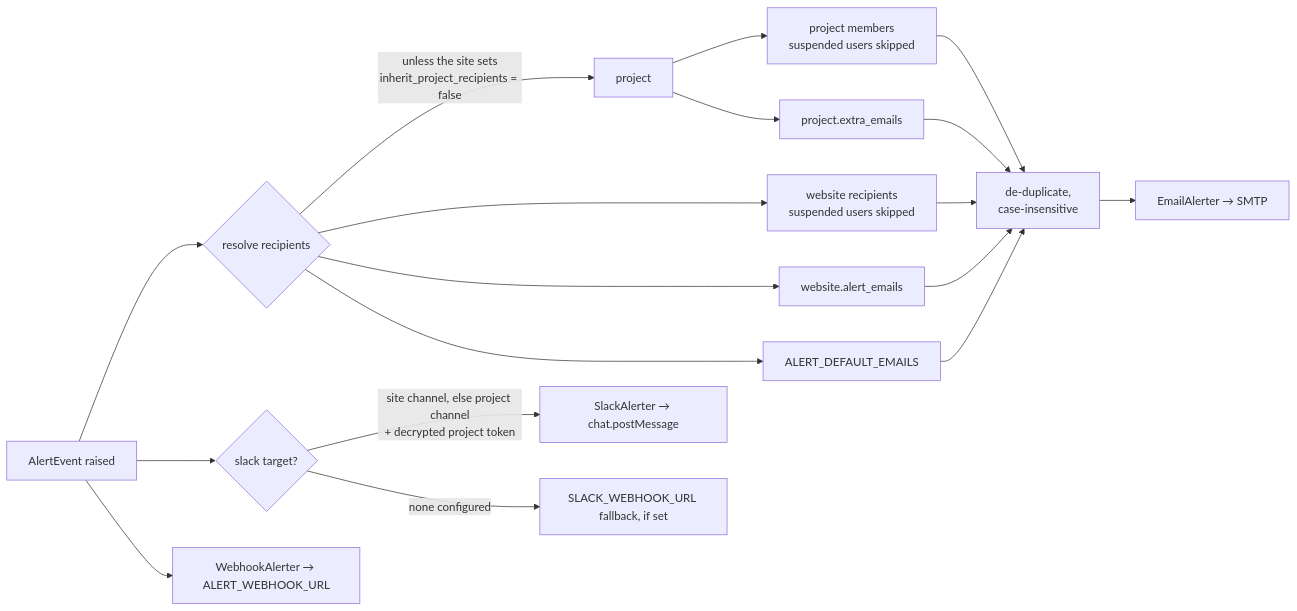
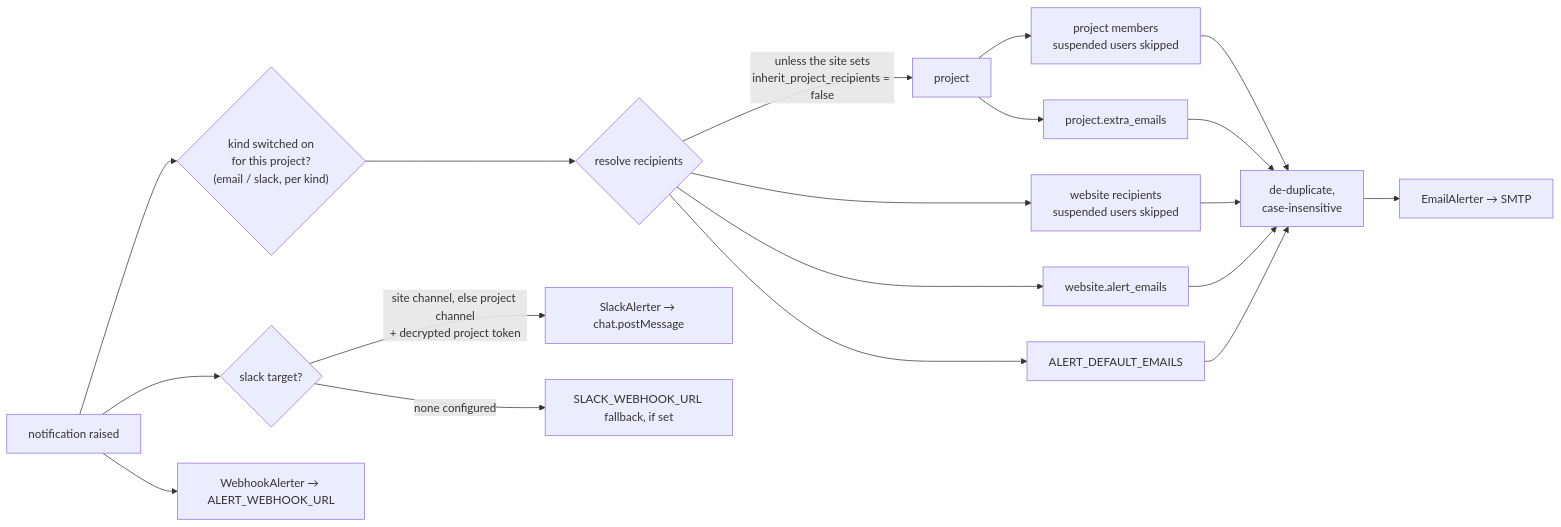
One commit to TahjibNil75/watchly changed the sixth of 6 diagrams in doc/hld.md. Above: the diagram before and after it, drawn with Mermaid. The commit also changed other lines of this file and 75 other files, not shown here.

````diff
--- a/doc/hld.md
+++ b/doc/hld.md
@@ -311,18 +351,19 @@
 ```mermaid
 flowchart LR
-    E["AlertEvent raised"] --> R{"resolve recipients"}
+    E["notification raised"] --> T{"kind switched on<br/>for this project?<br/>(email / slack, per kind)"}
+    T --> R{"resolve recipients"}
     R -->|"unless the site sets<br/>inherit_project_recipients = false"| P["project"]
     P --> M["project members<br/>suspended users skipped"]
     P --> PE["project.extra_emails"]
     R --> SU["website recipients<br/>suspended users skipped"]
     R --> SE["website.alert_emails"]
     R --> GE["ALERT_DEFAULT_EMAILS"]
     M & PE & SU & SE & GE --> D["de-duplicate,<br/>case-insensitive"]
     D --> EM["EmailAlerter → SMTP"]
 
     E --> S{"slack target?"}
     S -->|"site channel, else project channel<br/>+ decrypted project token"| SL["SlackAlerter → chat.postMessage"]
     S -->|"none configured"| FB["SLACK_WEBHOOK_URL fallback, if set"]
 
     E --> WH["WebhookAlerter → ALERT_WEBHOOK_URL"]
 ```
````
